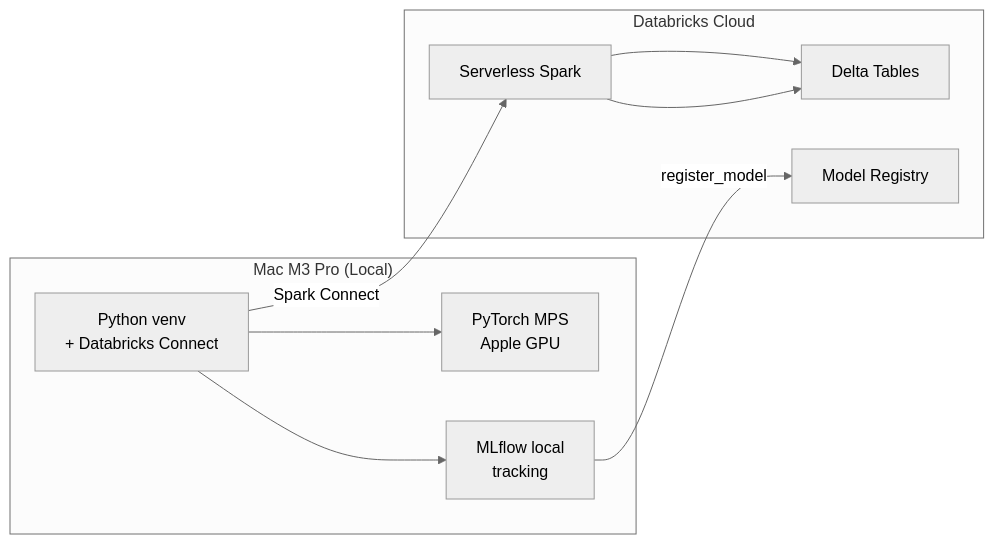
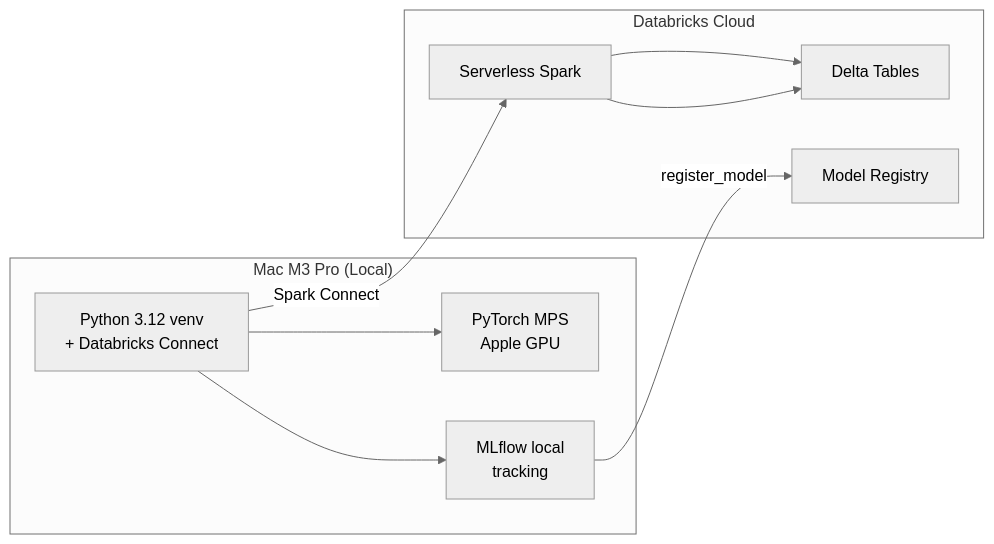
The fourth of 4 diagrams in README.md (Htunn/Data-Engineering), drawn with Mermaid (neutral theme) before and after one commit. The commit also changed other lines of this file and 2 other files, not shown here.

````diff
--- a/README.md
+++ b/README.md
@@ -577,14 +580,14 @@
 ```mermaid
 flowchart LR
     subgraph "Mac M3 Pro (Local)"
-        PY[Python venv<br/>+ Databricks Connect] --> MPS[PyTorch MPS<br/>Apple GPU]
+        PY[Python 3.12 venv<br/>+ Databricks Connect] --> MPS[PyTorch MPS<br/>Apple GPU]
         PY --> MLF_L[MLflow local<br/>tracking]
     end
     subgraph "Databricks Cloud"
         SP[Serverless Spark] --> DT[Delta Tables]
         REG[Model Registry]
     end
     PY -->|Spark Connect| SP
     SP --> DT
     MLF_L -->|register_model| REG
 ```
````
